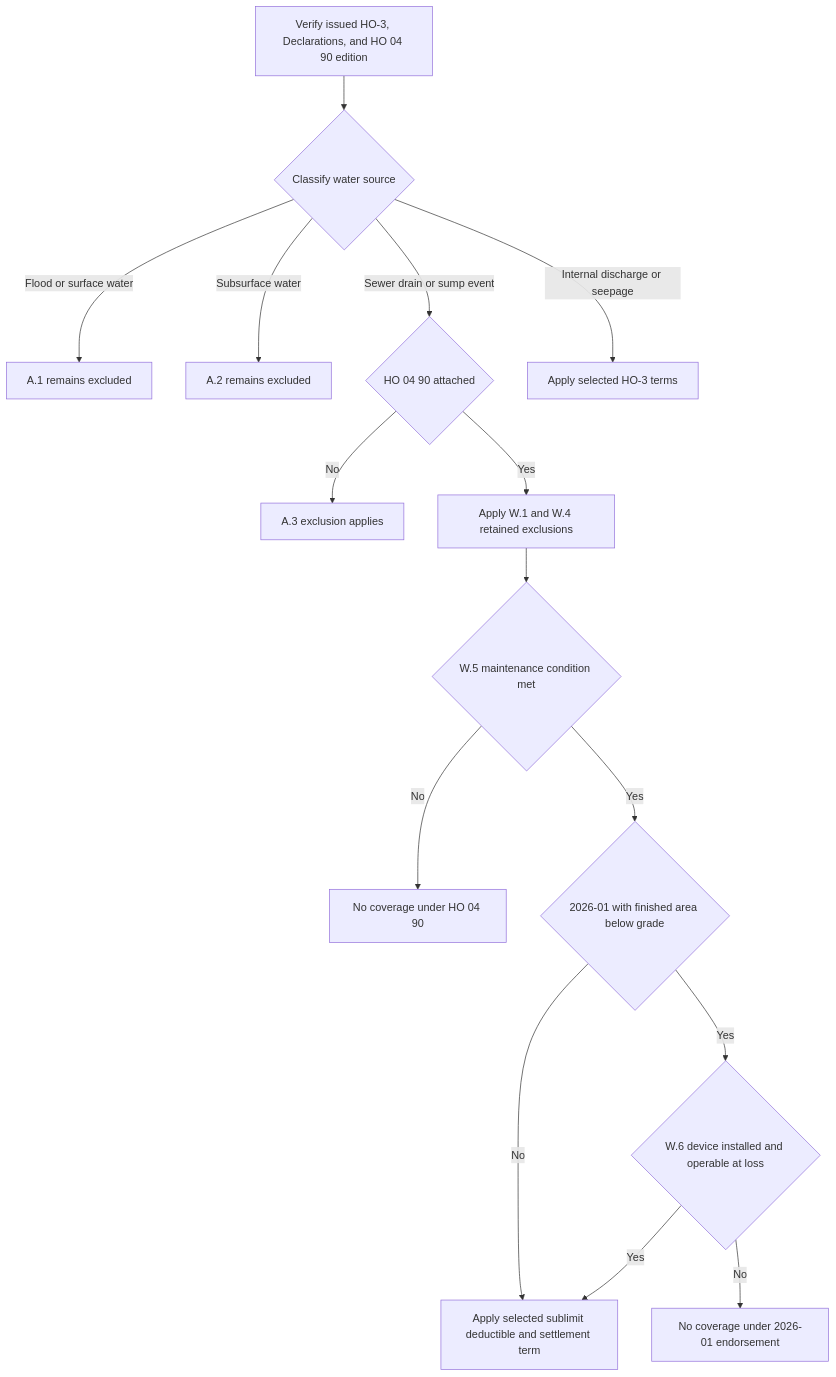
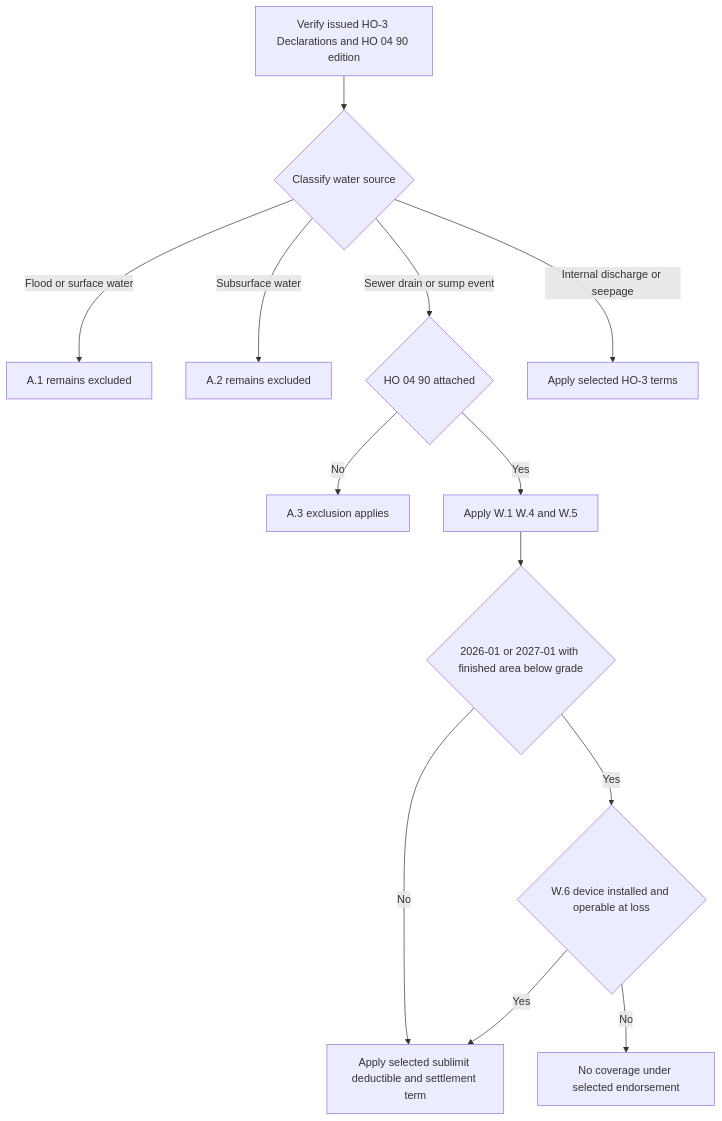
One commit to eugeneliu-86/openwiki-insurance-corpus changed the diagram in openwiki/coverage/property/water-damage-and-backup.md. Above: the diagram before and after it, drawn with Mermaid. The commit also changed other lines of this file and 29 other files, not shown here.

````diff
--- a/openwiki/coverage/property/water-damage-and-backup.md
+++ b/openwiki/coverage/property/water-damage-and-backup.md
@@ -59,17 +62,15 @@
 ```mermaid
 flowchart TD
-    Record["Verify issued HO-3, Declarations, and HO 04 90 edition"] --> Source{"Classify water source"}
+    Record["Verify issued HO-3 Declarations and HO 04 90 edition"] --> Source{"Classify water source"}
     Source -- "Flood or surface water" --> AOne["A.1 remains excluded"]
     Source -- "Subsurface water" --> ATwo["A.2 remains excluded"]
-    Source -- "Sewer drain or sump event" --> AThree{"HO 04 90 attached"}
+    Source -- "Sewer drain or sump event" --> Attached{"HO 04 90 attached"}
     Source -- "Internal discharge or seepage" --> Other["Apply selected HO-3 terms"]
-    AThree -- "No" --> AThreeBar["A.3 exclusion applies"]
-    AThree -- "Yes" --> Scope["Apply W.1 and W.4 retained exclusions"]
-    Scope --> Maint{"W.5 maintenance condition met"}
-    Maint -- "No" --> NoWriteback["No coverage under HO 04 90"]
-    Maint -- "Yes" --> BelowGrade{"2026-01 with finished area below grade"}
+    Attached -- "No" --> AThree["A.3 exclusion applies"]
+    Attached -- "Yes" --> Scope["Apply W.1 W.4 and W.5"]
+    Scope --> BelowGrade{"2026-01 or 2027-01 with finished area below grade"}
     BelowGrade -- "No" --> Terms["Apply selected sublimit deductible and settlement term"]
     BelowGrade -- "Yes" --> Device{"W.6 device installed and operable at loss"}
-    Device -- "No" --> NoCurrent["No coverage under 2026-01 endorsement"]
+    Device -- "No" --> NoCoverage["No coverage under selected endorsement"]
     Device -- "Yes" --> Terms
 ```
````
